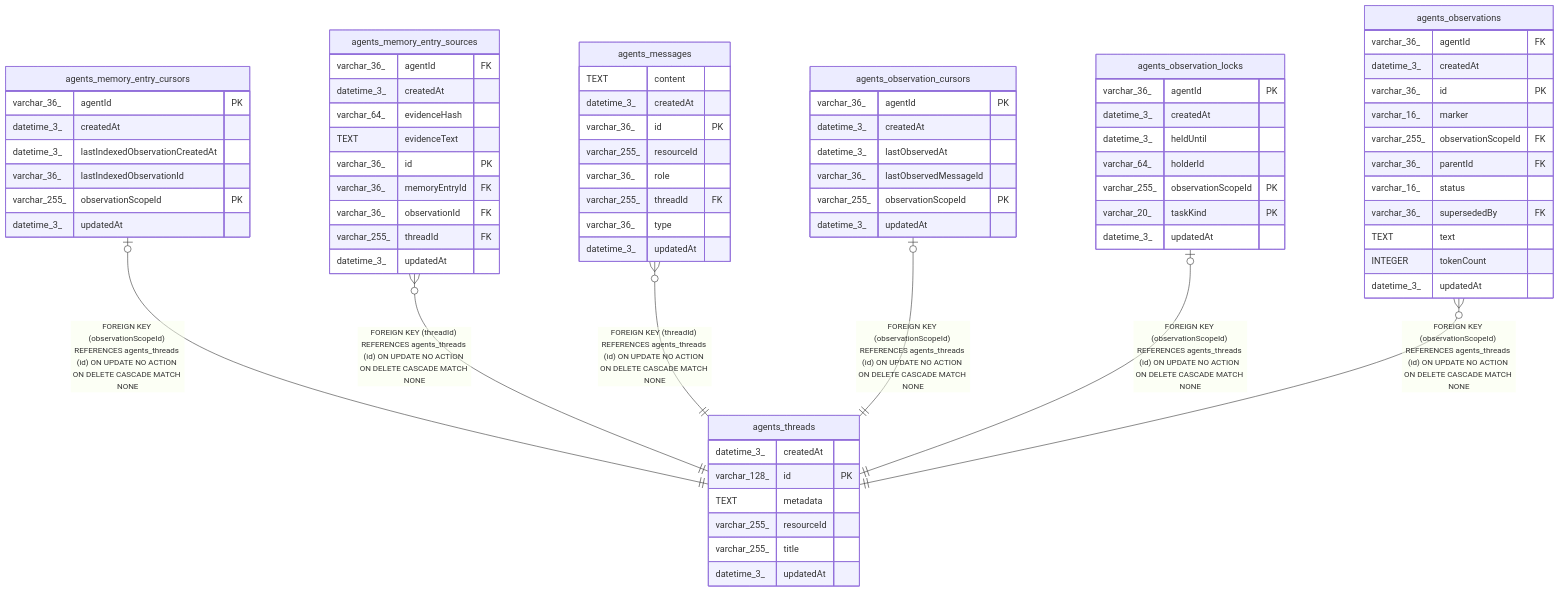
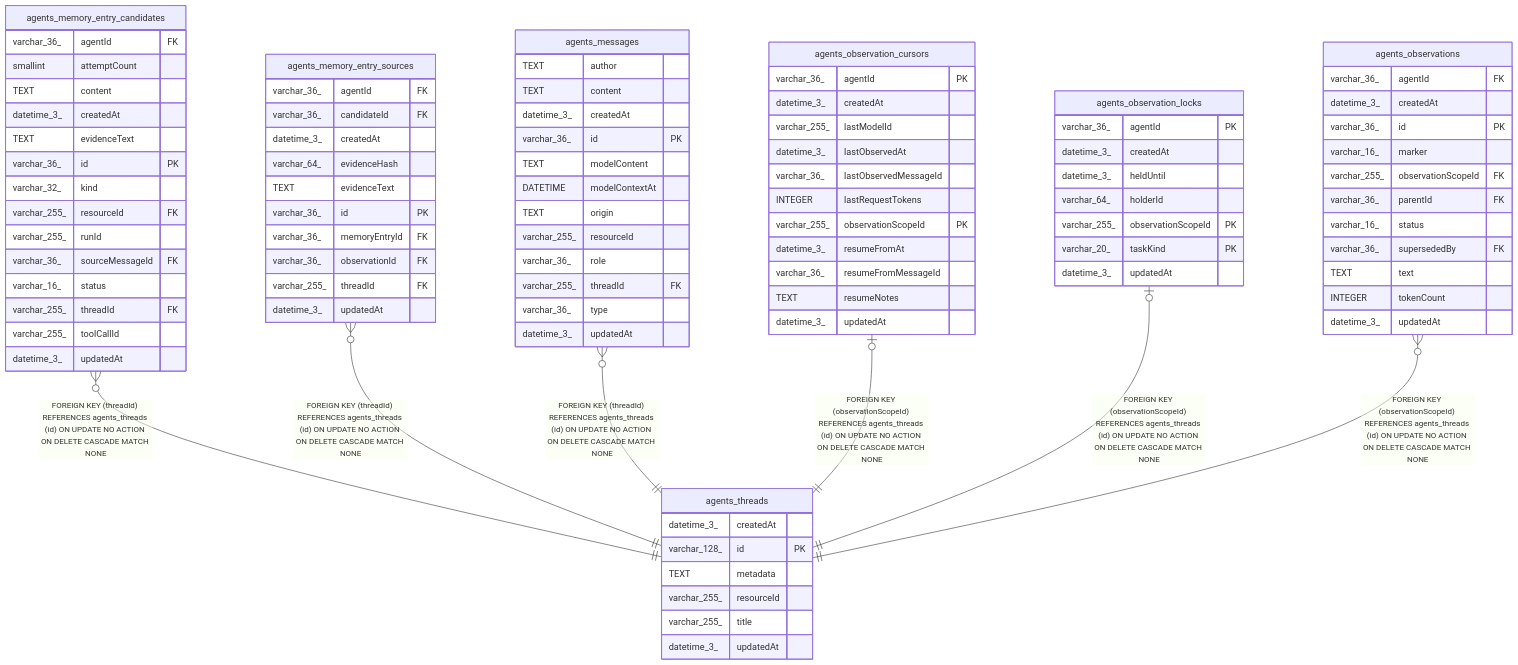
One commit to koreatest12/studys changed the diagram in n8n_integration/n8n_source/docs/generated/sqlite-schema/agents_threads.md. Above: the diagram before and after it, drawn with Mermaid. The commit also changed other lines of this file and 23019 other files, not shown here.

````diff
--- a/n8n_integration/n8n_source/docs/generated/sqlite-schema/agents_threads.md
+++ b/n8n_integration/n8n_source/docs/generated/sqlite-schema/agents_threads.md
@@ -41,7 +41,7 @@
 ```mermaid
 erDiagram
 
-"agents_memory_entry_cursors" |o--|| "agents_threads" : "FOREIGN KEY (observationScopeId) REFERENCES agents_threads (id) ON UPDATE NO ACTION ON DELETE CASCADE MATCH NONE"
+"agents_memory_entry_candidates" }o--|| "agents_threads" : "FOREIGN KEY (threadId) REFERENCES agents_threads (id) ON UPDATE NO ACTION ON DELETE CASCADE MATCH NONE"
 "agents_memory_entry_sources" }o--|| "agents_threads" : "FOREIGN KEY (threadId) REFERENCES agents_threads (id) ON UPDATE NO ACTION ON DELETE CASCADE MATCH NONE"
 "agents_messages" }o--|| "agents_threads" : "FOREIGN KEY (threadId) REFERENCES agents_threads (id) ON UPDATE NO ACTION ON DELETE CASCADE MATCH NONE"
 "agents_observation_cursors" |o--|| "agents_threads" : "FOREIGN KEY (observationScopeId) REFERENCES agents_threads (id) ON UPDATE NO ACTION ON DELETE CASCADE MATCH NONE"
@@ -56,16 +56,25 @@
   varchar_255_ title
   datetime_3_ updatedAt
 }
-"agents_memory_entry_cursors" {
-  varchar_36_ agentId PK
+"agents_memory_entry_candidates" {
+  varchar_36_ agentId FK
+  smallint attemptCount
+  TEXT content
   datetime_3_ createdAt
-  datetime_3_ lastIndexedObservationCreatedAt
-  varchar_36_ lastIndexedObservationId
-  varchar_255_ observationScopeId PK
+  TEXT evidenceText
+  varchar_36_ id PK
+  varchar_32_ kind
+  varchar_255_ resourceId FK
+  varchar_255_ runId
+  varchar_36_ sourceMessageId FK
+  varchar_16_ status
+  varchar_255_ threadId FK
+  varchar_255_ toolCallId
   datetime_3_ updatedAt
 }
 "agents_memory_entry_sources" {
   varchar_36_ agentId FK
+  varchar_36_ candidateId FK
   datetime_3_ createdAt
   varchar_64_ evidenceHash
   TEXT evidenceText
@@ -76,9 +85,13 @@
   datetime_3_ updatedAt
 }
 "agents_messages" {
+  TEXT author
   TEXT content
   datetime_3_ createdAt
   varchar_36_ id PK
+  TEXT modelContent
+  DATETIME modelContextAt
+  TEXT origin
   varchar_255_ resourceId
   varchar_36_ role
   varchar_255_ threadId FK
@@ -88,9 +101,14 @@
 "agents_observation_cursors" {
   varchar_36_ agentId PK
   datetime_3_ createdAt
+  varchar_255_ lastModelId
   datetime_3_ lastObservedAt
   varchar_36_ lastObservedMessageId
+  INTEGER lastRequestTokens
   varchar_255_ observationScopeId PK
+  datetime_3_ resumeFromAt
+  varchar_36_ resumeFromMessageId
+  TEXT resumeNotes
   datetime_3_ updatedAt
 }
 "agents_observation_locks" {
````
